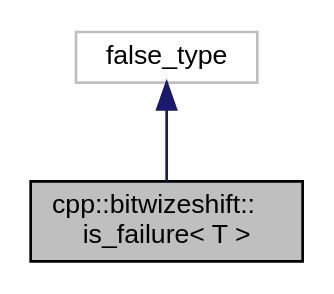
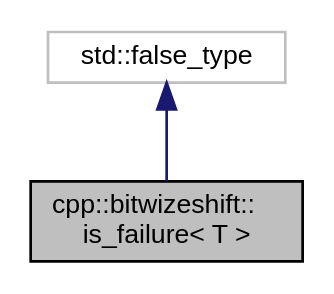
The diagram in api/latest/d0/d31/structcpp_1_1bitwizeshift_1_1is__failure__coll__graph.dot (bitwizeshift/result), drawn with Graphviz before and after one commit. The commit also changed 170 other files, not shown here.

```diff
--- a/api/latest/d0/d31/structcpp_1_1bitwizeshift_1_1is__failure__coll__graph.dot
+++ b/api/latest/d0/d31/structcpp_1_1bitwizeshift_1_1is__failure__coll__graph.dot
@@ -1,8 +1,9 @@
 digraph "cpp::bitwizeshift::is_failure&lt; T &gt;"
 {
+ // LATEX_PDF_SIZE
   edge [fontname="Helvetica",fontsize="10",labelfontname="Helvetica",labelfontsize="10"];
   node [fontname="Helvetica",fontsize="10",shape=record];
-  Node2 [label="cpp::bitwizeshift::\lis_failure\< T \>",height=0.2,width=0.4,color="black", fillcolor="grey75", style="filled", fontcolor="black"];
-  Node3 -> Node2 [dir="back",color="midnightblue",fontsize="10",style="solid",fontname="Helvetica"];
-  Node3 [label="false_type",height=0.2,width=0.4,color="grey75", fillcolor="white", style="filled"];
+  Node1 [label="cpp::bitwizeshift::\lis_failure\< T \>",height=0.2,width=0.4,color="black", fillcolor="grey75", style="filled", fontcolor="black",tooltip=" "];
+  Node2 -> Node1 [dir="back",color="midnightblue",fontsize="10",style="solid",fontname="Helvetica"];
+  Node2 [label="std::false_type",height=0.2,width=0.4,color="grey75", fillcolor="white", style="filled",tooltip=" "];
 }
```
